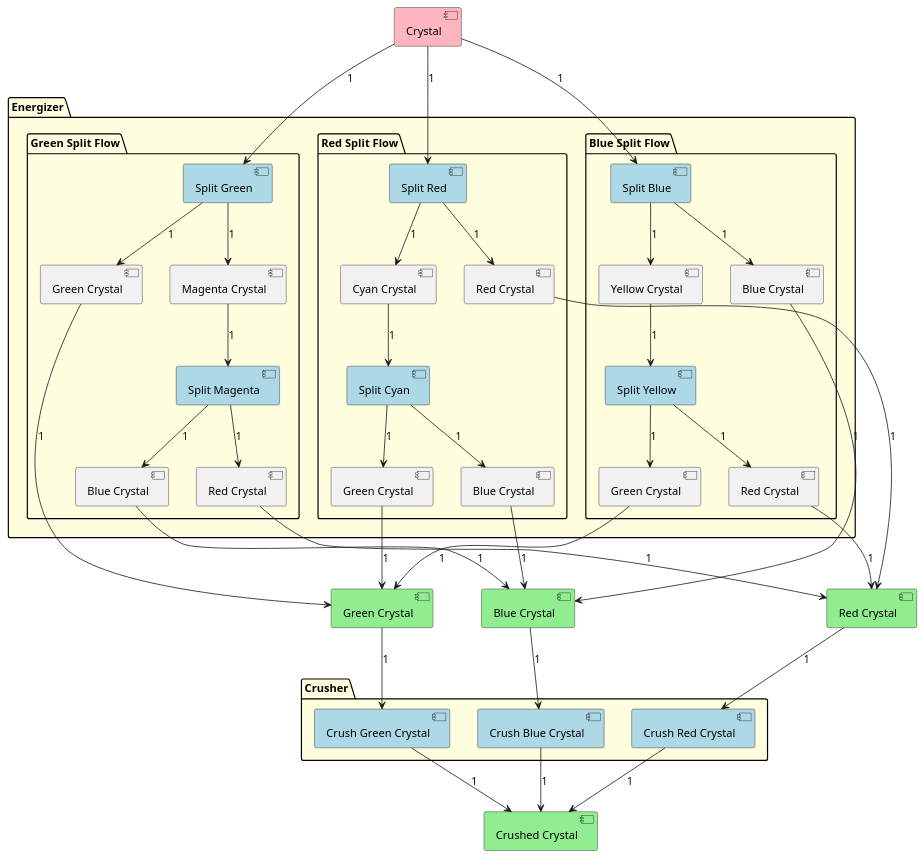
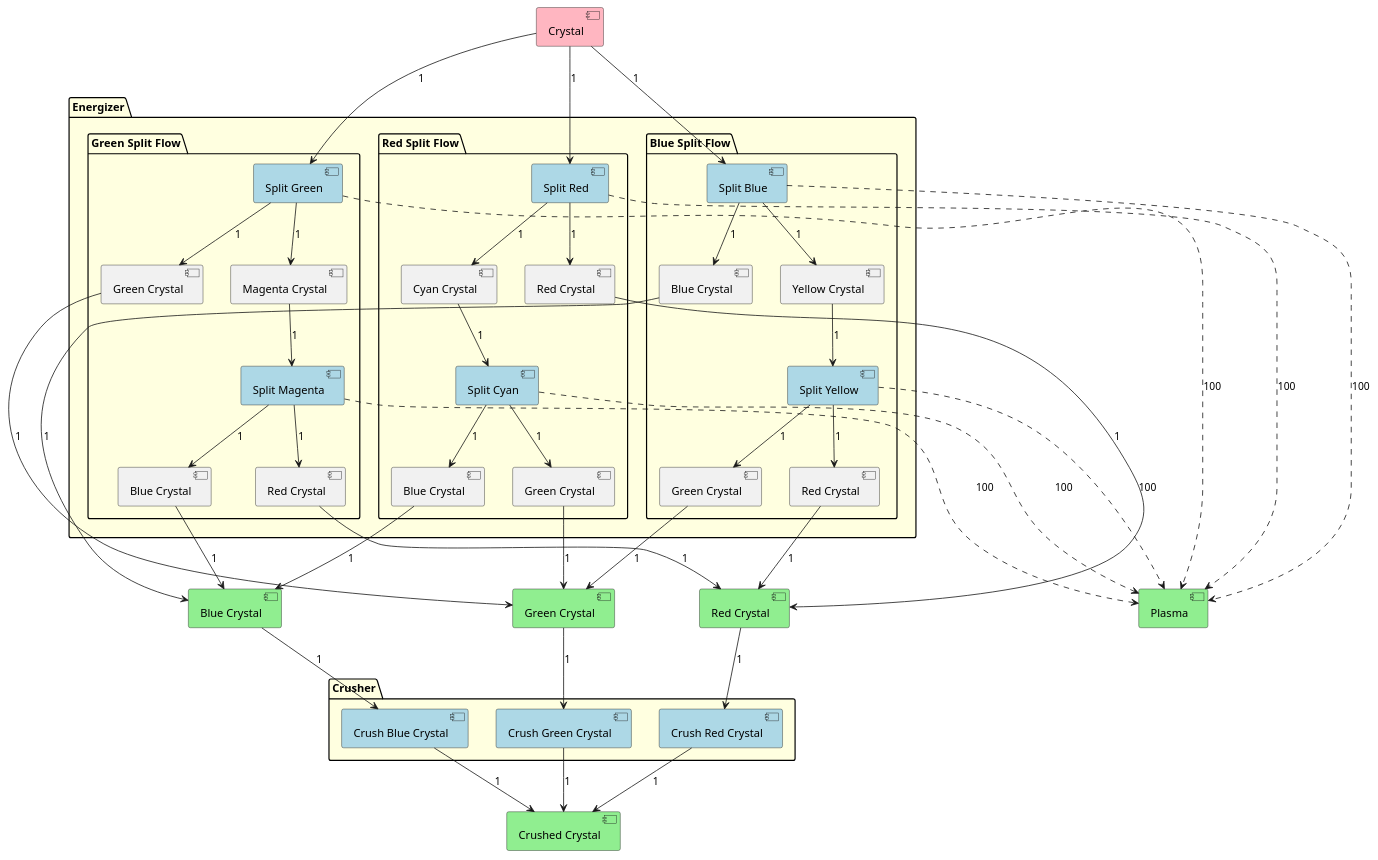
Before and after one commit to Thomas-De-Praetere/CrystalMod: the diagram in Documentation/ColoredFlow.puml, drawn with PlantUML. The commit also changed 11 other files, not shown here.

Commit message:
Added plasma to the flows and updated the readme.

```diff
--- a/Documentation/ColoredFlow.puml
+++ b/Documentation/ColoredFlow.puml
@@ -1,95 +1,103 @@
 @startuml
 
 hide methods
 hide fields
 hide circle
 
 [Crystal] as C #lightpink
 
 [Red Crystal] as RC #lightgreen
 [Green Crystal] as GC #lightgreen
 [Blue Crystal] as BC #lightgreen
 [Crushed Crystal] as CCr #lightgreen
+[Plasma] as PA #lightgreen
 
 package Energizer #lightyellow {
 package "Green Split Flow" {
 [Split Green] as SG #lightblue
 [Split Magenta] as SM #lightblue
 [Magenta Crystal] as MC
 [Red Crystal] as RC1
 [Green Crystal] as GC1
 [Blue Crystal] as BC1
 }
 package "Red Split Flow" {
 [Split Red] as SR #lightblue
 [Split Cyan] as SC #lightblue
 [Cyan Crystal] as CC
 [Red Crystal] as RC2
 [Green Crystal] as GC2
 [Blue Crystal] as BC2
 
 }
 package "Blue Split Flow" {
 [Split Blue] as SB #lightblue
 [Split Yellow] as SY #lightblue
 [Yellow Crystal] as YC
 [Red Crystal] as RC3
 [Green Crystal] as GC3
 [Blue Crystal] as BC3
 }
 }
 
 package Crusher #lightyellow {
 [Crush Red Crystal] as CrR #lightblue
 [Crush Green Crystal] as CrG #lightblue
 [Crush Blue Crystal] as CrB #lightblue
 }
 
-
+SG ...> PA : 100
+SM ...> PA : 100
+SR ...> PA : 100
+SC ...> PA : 100
+SB ...> PA : 100
+SY ...> PA : 100
 
 C --> SG  : 1
 SG --> GC1 : 1
 SG --> MC : 1
 
 C --> SR : 1
 SR --> RC2 : 1
 SR --> CC : 1
 
 C --> SB : 1
 SB --> BC3 : 1
 SB --> YC : 1
 
 YC --> SY : 1
 SY --> RC3 : 1
 SY --> GC3 : 1
 
 CC --> SC : 1
 SC --> GC2 : 1
 SC --> BC2 : 1
 
 MC --> SM : 1
 SM --> BC1 : 1
 SM --> RC1 : 1
 
 RC1 --> RC : 1
 RC2 --> RC : 1
 RC3 --> RC : 1
 
 GC1 --> GC : 1
 GC2 --> GC : 1
 GC3 --> GC : 1
 
 BC1 --> BC : 1
 BC2 --> BC : 1
 BC3 --> BC : 1
 
 BC --> CrB : 1
 CrB --> CCr : 1
 
 RC --> CrR : 1
 CrR --> CCr : 1
 
 GC --> CrG : 1
 CrG --> CCr : 1
 
+
+
 @enduml
```
